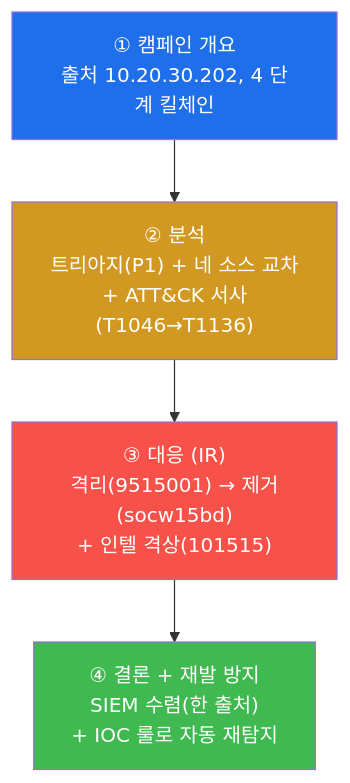
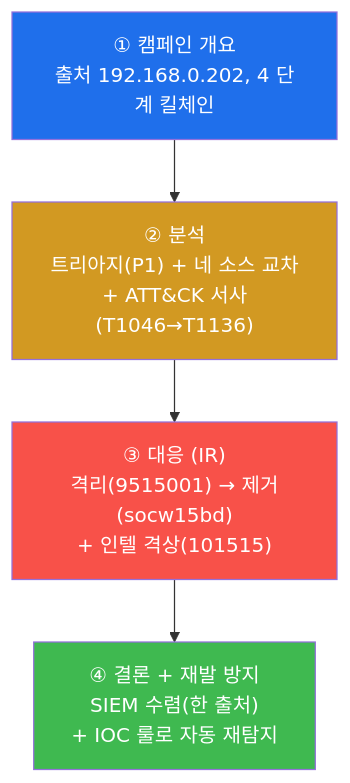
Before and after one commit to mrgrit/tw2: the fourth of 7 diagrams in contents/training/soc/lecture_week15.md, drawn with Mermaid. The commit also changed other lines of this file and 304 other files, not shown here.

````diff
--- a/contents/training/soc/lecture_week15.md
+++ b/contents/training/soc/lecture_week15.md
@@ -366,12 +366,12 @@
 ```mermaid
 graph TD
-    P1["① 캠페인 개요<br/>출처 10.20.30.202, 4 단계 킬체인"]
+    P1["① 캠페인 개요<br/>출처 192.168.0.202, 4 단계 킬체인"]
     P2["② 분석<br/>트리아지(P1) + 네 소스 교차<br/>+ ATT&CK 서사(T1046→T1136)"]
     P3["③ 대응 (IR)<br/>격리(9515001) → 제거(socw15bd)<br/>+ 인텔 격상(101515)"]
     P4["④ 결론 + 재발 방지<br/>SIEM 수렴(한 출처)<br/>+ IOC 룰로 자동 재탐지"]
     P1 --> P2 --> P3 --> P4
     style P1 fill:#1f6feb,color:#fff
     style P2 fill:#d29922,color:#fff
     style P3 fill:#f85149,color:#fff
     style P4 fill:#3fb950,color:#fff
 ```
````
